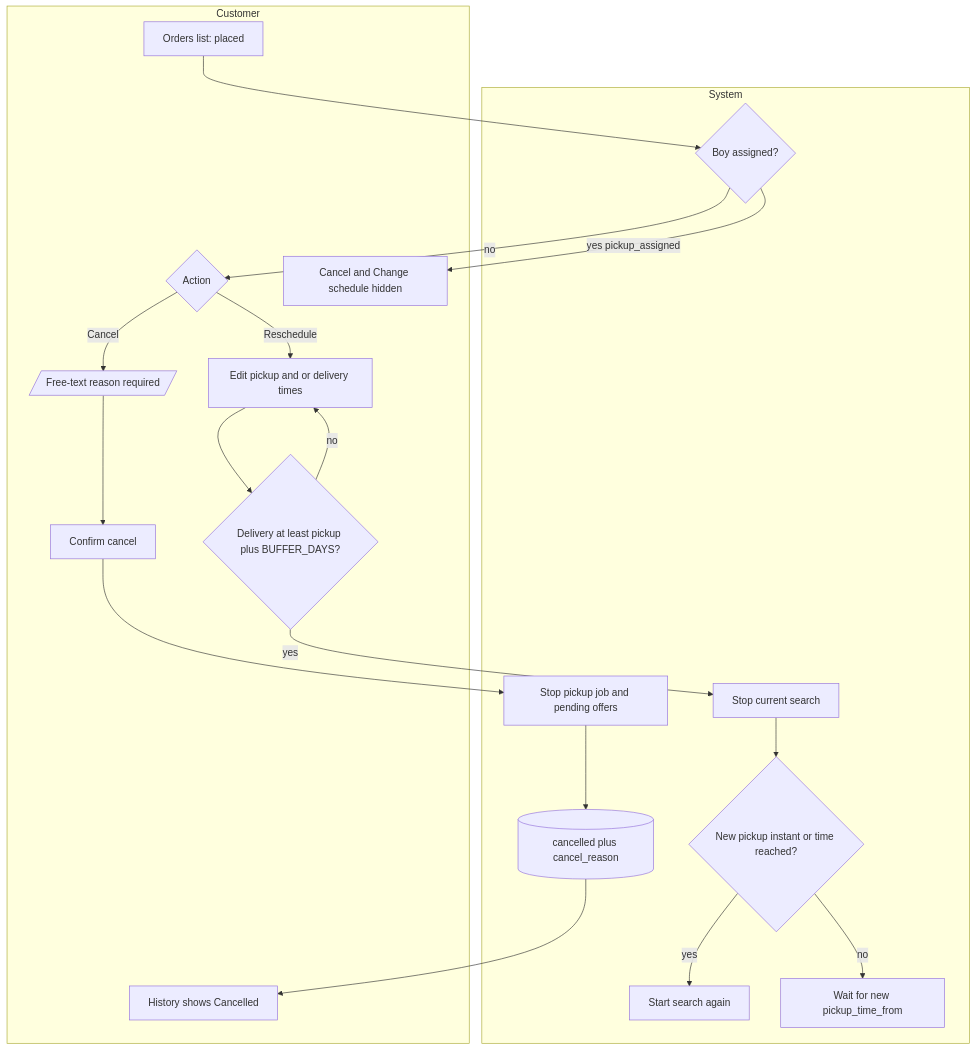
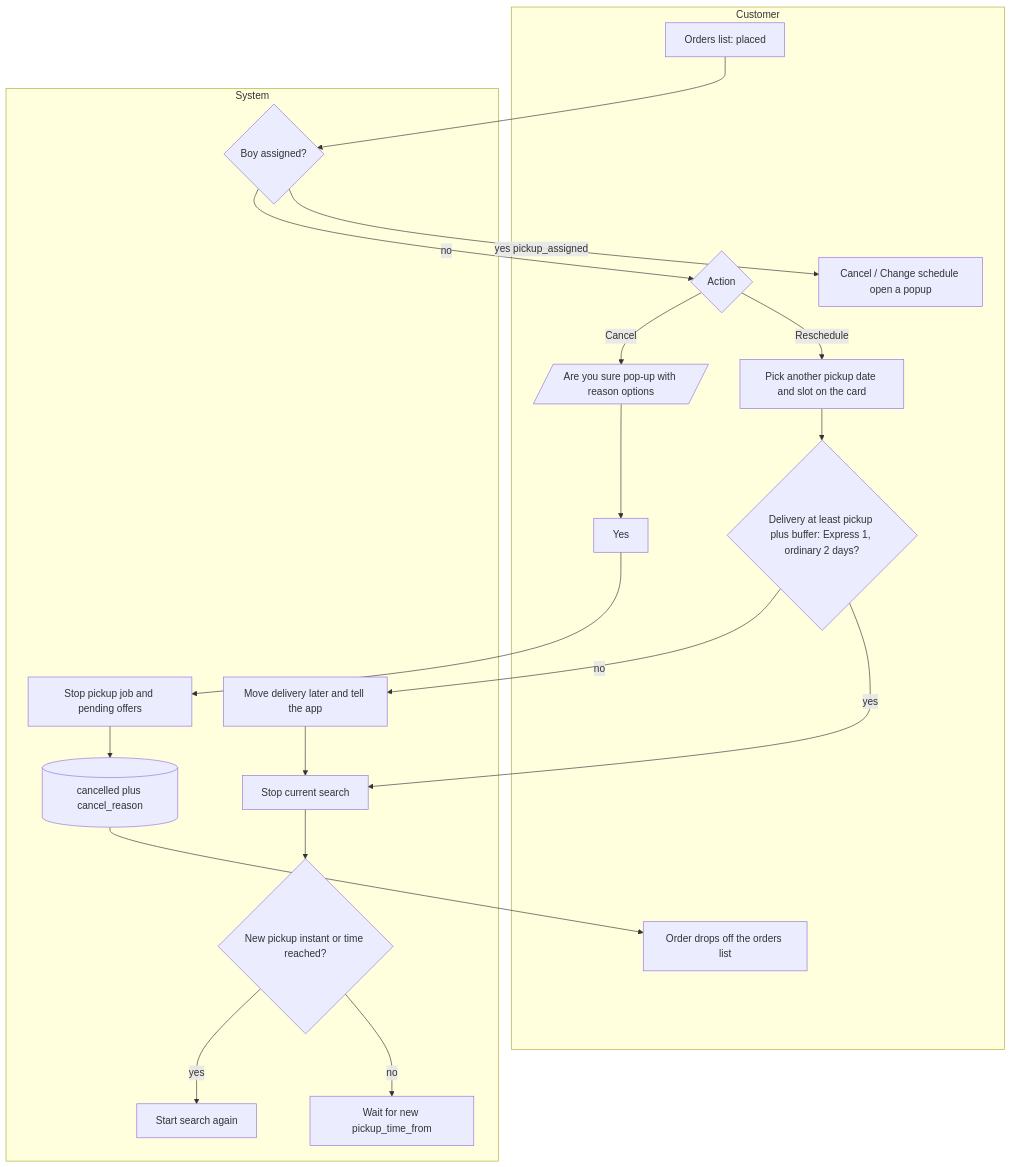
Before and after one commit to mohitUnico/laundry: the fourth of 4 diagrams in docs/order-flow-v2/diagrams/02-swimlane-flows.md, drawn with Mermaid. The commit also changed other lines of this file and 46 other files, not shown here.

First line of the commit message:
feat(orders): align list and details UX with order-flow v2 cards and bill states

````diff
--- a/docs/order-flow-v2/diagrams/02-swimlane-flows.md
+++ b/docs/order-flow-v2/diagrams/02-swimlane-flows.md
@@ -192,32 +195,33 @@
 ```mermaid
 flowchart TB
 subgraph CU["Customer"]
   u1["Orders list: placed"]
   u2{"Action"}
-  u3[/"Free-text reason required"/]
-  u4["Confirm cancel"]
-  u5["Edit pickup and or delivery times"]
-  u6{"Delivery at least pickup plus BUFFER_DAYS?"}
-  u7["Cancel and Change schedule hidden"]
-  u8["History shows Cancelled"]
+  u3[/"Are you sure pop-up with reason options"/]
+  u4["Yes"]
+  u5["Pick another pickup date and slot on the card"]
+  u6{"Delivery at least pickup plus buffer: Express 1, ordinary 2 days?"}
+  u7["Cancel / Change schedule open a popup"]
+  u8["Order drops off the orders list"]
 end
 subgraph SY["System"]
   v1[("cancelled plus cancel_reason")]
+  v8["Move delivery later and tell the app"]
   v2["Stop pickup job and pending offers"]
   v3["Stop current search"]
   v4{"New pickup instant or time reached?"}
   v5["Start search again"]
   v6["Wait for new pickup_time_from"]
   v7{"Boy assigned?"}
 end
 u1 --> v7
 v7 -->|"no"| u2
 v7 -->|"yes pickup_assigned"| u7
 u2 -->|"Cancel"| u3 --> u4 --> v2 --> v1 --> u8
 u2 -->|"Reschedule"| u5 --> u6
-u6 -->|"no"| u5
+u6 -->|"no"| v8 --> v3
 u6 -->|"yes"| v3 --> v4
 v4 -->|"yes"| v5
 v4 -->|"no"| v6
 
 ```
````
